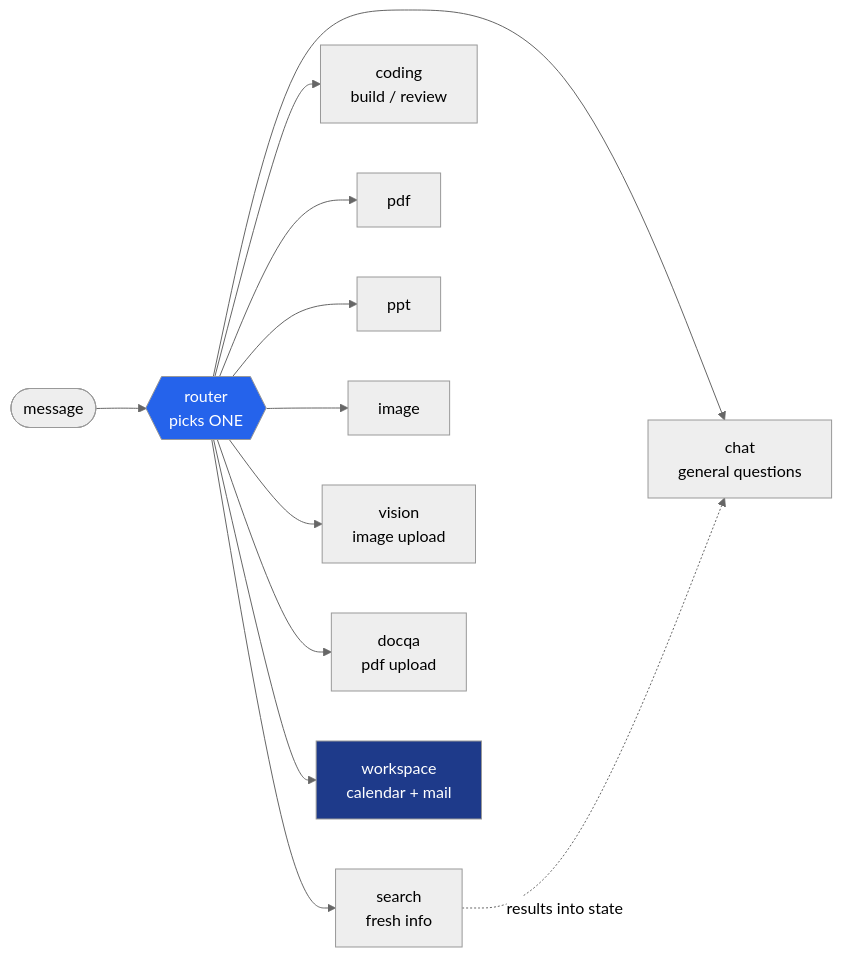
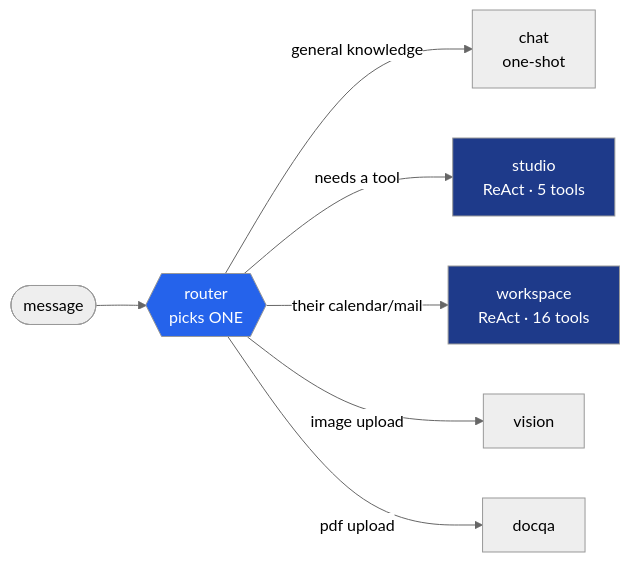
Before and after one commit to X-Rachit-X/AI_Secretary: the third of 4 diagrams in docs/01-OVERVIEW.md, drawn with Mermaid (neutral theme). The commit also changed other lines of this file and 27 other files, not shown here.

````diff
--- a/docs/01-OVERVIEW.md
+++ b/docs/01-OVERVIEW.md
@@ -146,19 +146,14 @@
 ```mermaid
 graph LR
     START([message]) --> R{{"router<br/>picks ONE"}}
 
-    R --> C["chat<br/>general questions"]
-    R --> SE["search<br/>fresh info"]
-    R --> CO["coding<br/>build / review"]
-    R --> PD["pdf"]
-    R --> PP["ppt"]
-    R --> IM["image"]
-    R --> VI["vision<br/>image upload"]
-    R --> DQ["docqa<br/>pdf upload"]
-    R --> WS["workspace<br/>calendar + mail"]
+    R -->|"general knowledge"| C["chat<br/>one-shot"]
+    R -->|"needs a tool"| S["studio<br/>ReAct · 5 tools"]
+    R -->|"their calendar/mail"| W["workspace<br/>ReAct · 16 tools"]
+    R -->|"image upload"| V["vision"]
+    R -->|"pdf upload"| D["docqa"]
 
-    SE -.->|"results into state"| C
-
-    style WS fill:#1e3a8a,color:#fff
+    style S fill:#1e3a8a,color:#fff
+    style W fill:#1e3a8a,color:#fff
     style R fill:#2563eb,color:#fff
 ```
````
